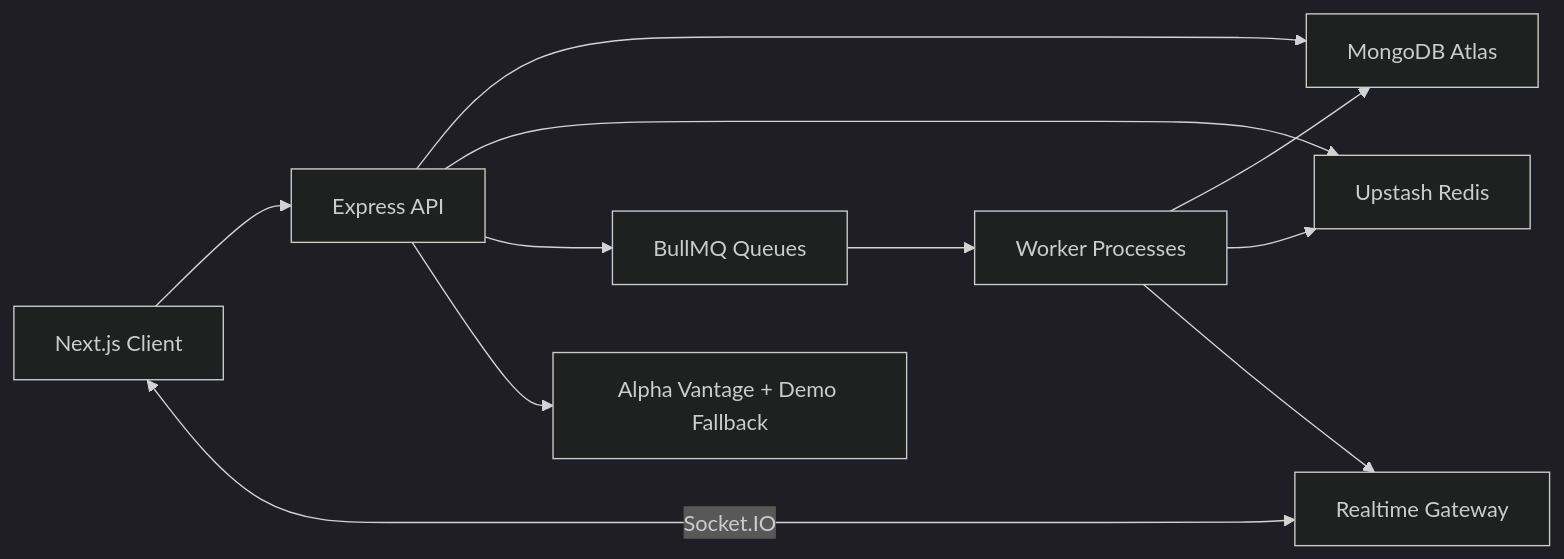
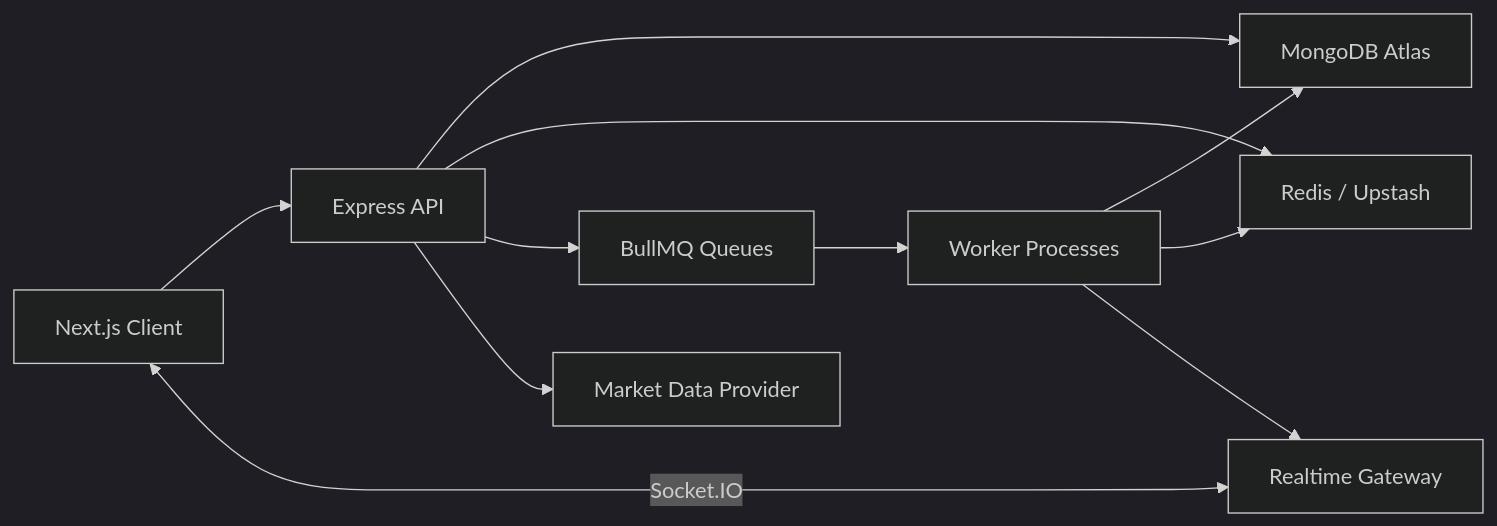
One commit to SriHarshaRajuY/RiskLens changed the first of 5 diagrams in README.md. Above: the diagram before and after it, drawn with Mermaid (dark theme). The commit also changed other lines of this file and 43 other files, not shown here.

````diff
--- a/README.md
+++ b/README.md
@@ -35,13 +194,13 @@
 ```mermaid
 flowchart LR
   Client["Next.js Client"] --> API["Express API"]
   Client <-->|"Socket.IO"| Socket["Realtime Gateway"]
   API --> Mongo["MongoDB Atlas"]
-  API --> Redis["Upstash Redis"]
+  API --> Redis["Redis / Upstash"]
   API --> Queues["BullMQ Queues"]
   Queues --> Workers["Worker Processes"]
   Workers --> Mongo
   Workers --> Redis
   Workers --> Socket
-  API --> Market["Alpha Vantage + Demo Fallback"]
+  API --> Market["Market Data Provider"]
 ```
````
